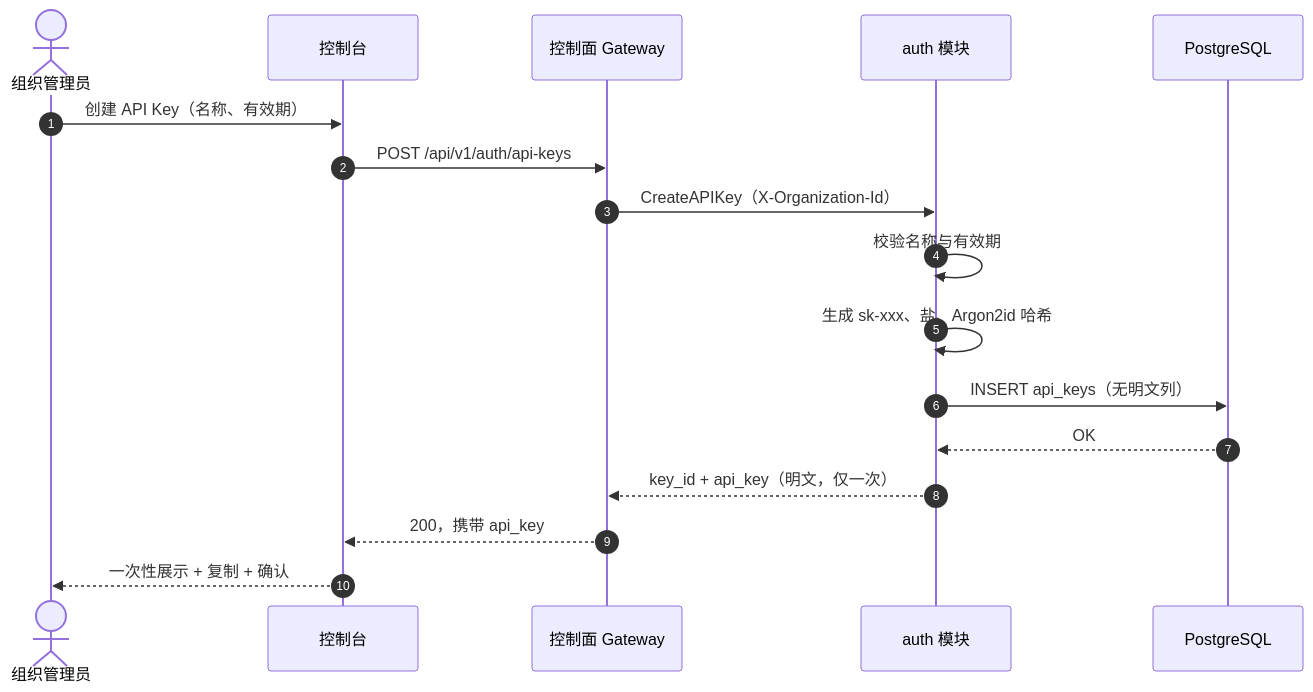
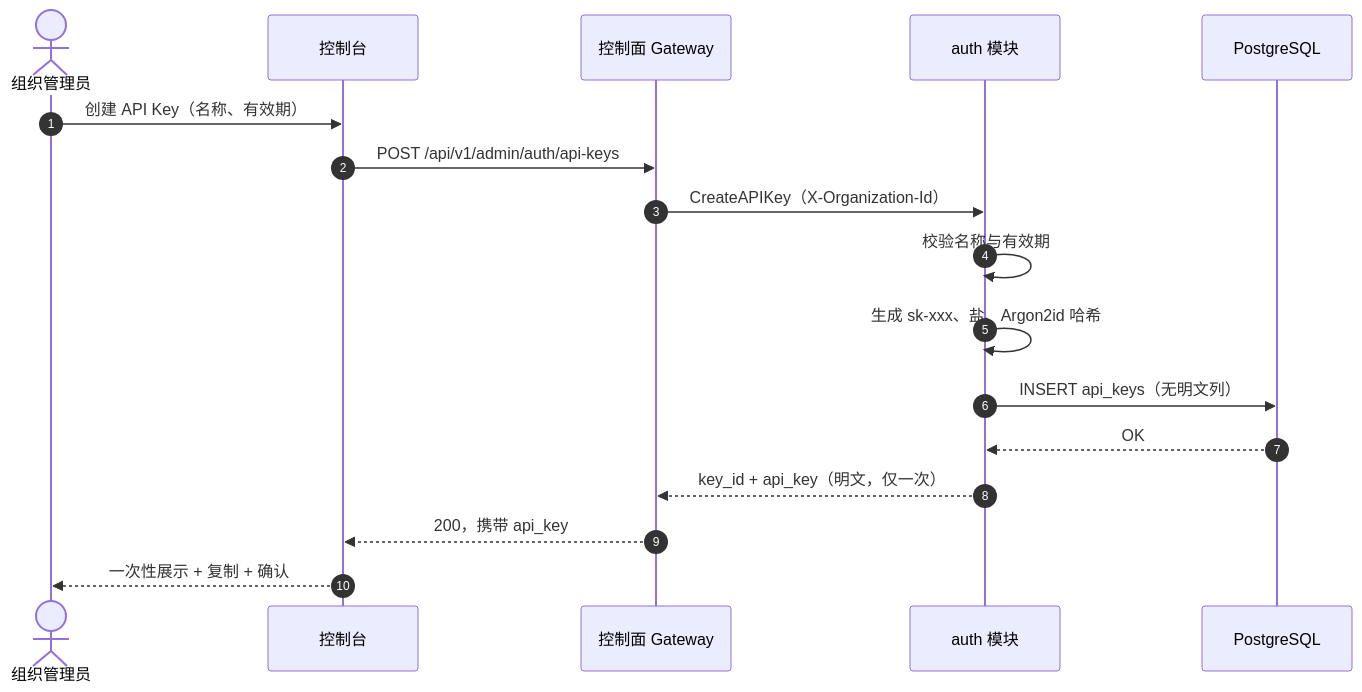
Before and after one commit to dhyabi2/go-taas: the second of 4 diagrams in docs/architecture/api-key-management.zh-cn.md, drawn with Mermaid. The commit also changed other lines of this file and 24 other files, not shown here.

Commit message:
feat(api,web): split admin surface under /api/v1/admin and /admin console prefix

````diff
--- a/docs/architecture/api-key-management.zh-cn.md
+++ b/docs/architecture/api-key-management.zh-cn.md
@@ -200,20 +200,20 @@
 ```mermaid
 sequenceDiagram
     autonumber
     actor Admin as 组织管理员
     participant Console as 控制台
     participant CGW as 控制面 Gateway
     participant Auth as auth 模块
     participant DB as PostgreSQL
 
     Admin->>Console: 创建 API Key（名称、有效期）
-    Console->>CGW: POST /api/v1/auth/api-keys
+    Console->>CGW: POST /api/v1/admin/auth/api-keys
     CGW->>Auth: CreateAPIKey（X-Organization-Id）
     Auth->>Auth: 校验名称与有效期
     Auth->>Auth: 生成 sk-xxx、盐、Argon2id 哈希
     Auth->>DB: INSERT api_keys（无明文列）
     DB-->>Auth: OK
     Auth-->>CGW: key_id + api_key（明文，仅一次）
     CGW-->>Console: 200，携带 api_key
     Console-->>Admin: 一次性展示 + 复制 + 确认
 ```
````
